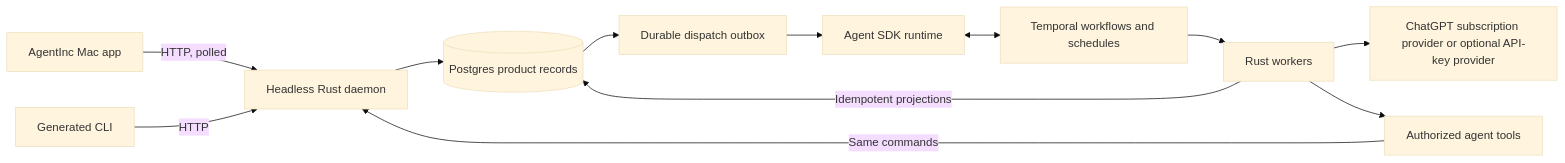
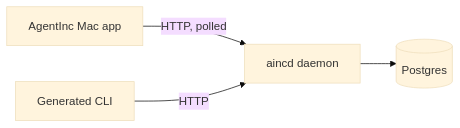
The diagram in docs/architecture.md (0x63616c/agentinc), drawn with Mermaid (base theme) before and after one commit. The commit also changed other lines of this file and 22 other files, not shown here.

````diff
--- a/docs/architecture.md
+++ b/docs/architecture.md
@@ -15,14 +7,6 @@
 ```mermaid
 flowchart LR
-  Mac[AgentInc Mac app] -->|HTTP, polled| API[Headless Rust daemon]
+  Mac[AgentInc Mac app] -->|HTTP, polled| API[aincd daemon]
   CLI[Generated CLI] -->|HTTP| API
-  Tools[Authorized agent tools] -->|Same commands| API
-  API --> PG[(Postgres product records)]
-  PG --> Outbox[Durable dispatch outbox]
-  Outbox --> SDK[Agent SDK runtime]
-  SDK <--> Temporal[Temporal workflows and schedules]
-  Temporal --> Worker[Rust workers]
-  Worker --> Provider[ChatGPT subscription provider or optional API-key provider]
-  Worker -->|Idempotent projections| PG
-  Worker --> Tools
+  API --> PG[(Postgres)]
 ```
````
